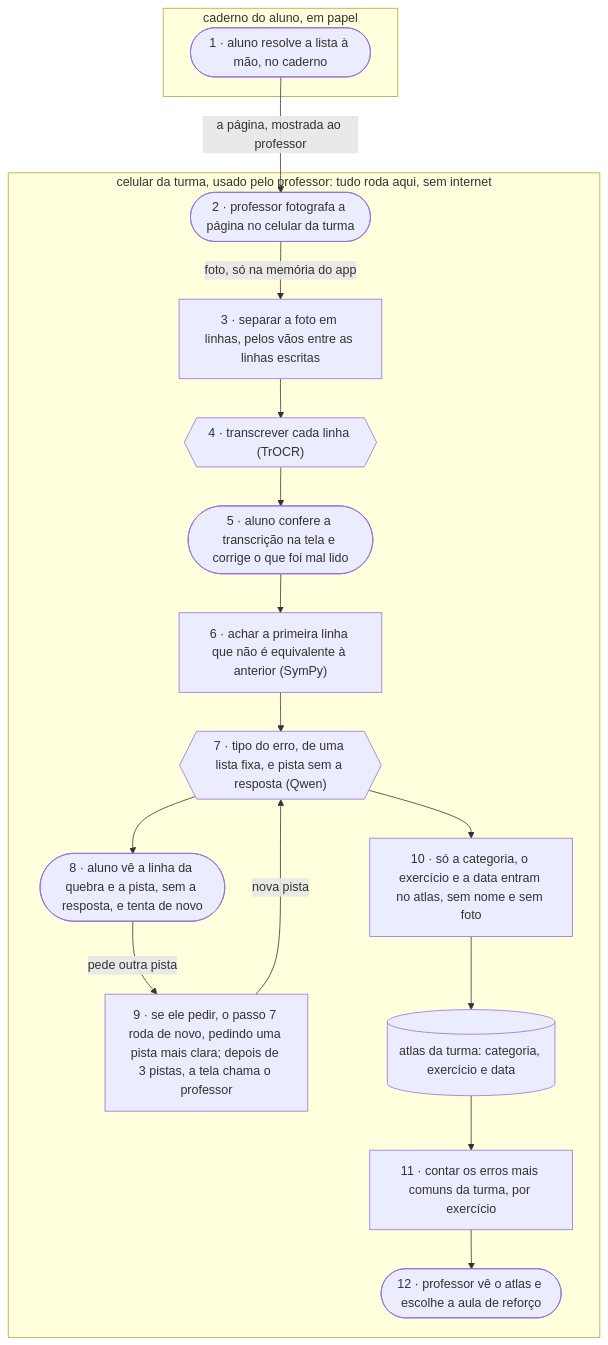
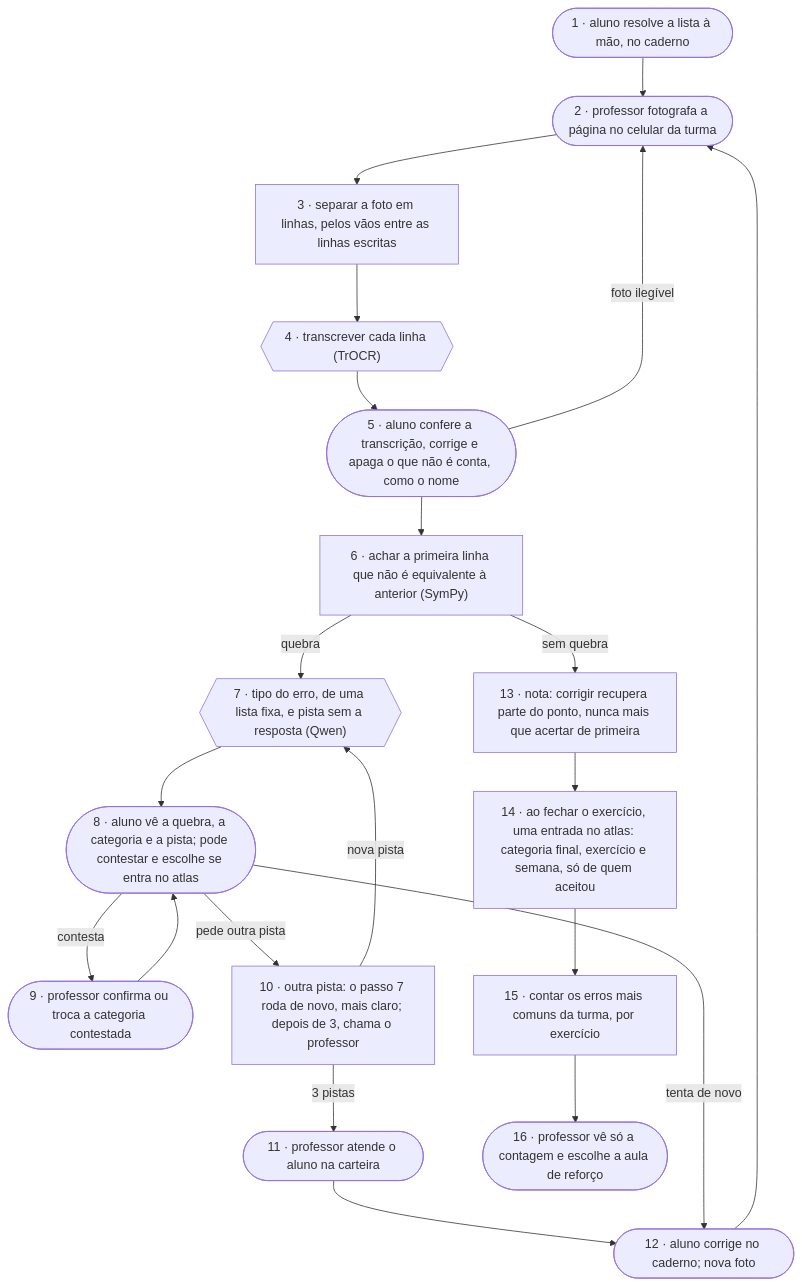
Before and after one commit to andrezacfalcao/project-ai4good: the diagram in flx/arquitetura.md, drawn with Mermaid. The commit also changed other lines of this file and 7 other files, not shown here.

First line of the commit message:
flx: fluxograma completo, com contestacao, nova foto, nota e aceite

````diff
--- a/flx/arquitetura.md
+++ b/flx/arquitetura.md
@@ -9,28 +9,32 @@
 ```mermaid
 flowchart TD
-    subgraph PAPEL["caderno do aluno, em papel"]
-        A(["1 · aluno resolve a lista à mão, no caderno"])
-    end
+    A(["1 · aluno resolve a lista à mão, no caderno"])
+    B(["2 · professor fotografa a página no celular da turma"])
+    C["3 · separar a foto em linhas, pelos vãos entre as linhas escritas"]
+    D{{"4 · transcrever cada linha (TrOCR)"}}
+    E(["5 · aluno confere a transcrição, corrige e apaga o que não é conta, como o nome"])
+    F["6 · achar a primeira linha que não é equivalente à anterior (SymPy)"]
+    G{{"7 · tipo do erro, de uma lista fixa, e pista sem a resposta (Qwen)"}}
+    H(["8 · aluno vê a quebra, a categoria e a pista; pode contestar e escolhe se entra no atlas"])
+    I(["9 · professor confirma ou troca a categoria contestada"])
+    J["10 · outra pista: o passo 7 roda de novo, mais claro; depois de 3, chama o professor"]
+    K(["11 · professor atende o aluno na carteira"])
+    L(["12 · aluno corrige no caderno; nova foto"])
+    N["13 · nota: corrigir recupera parte do ponto, nunca mais que acertar de primeira"]
+    O["14 · ao fechar o exercício, uma entrada no atlas: categoria final, exercício e semana, só de quem aceitou"]
+    P["15 · contar os erros mais comuns da turma, por exercício"]
+    Q(["16 · professor vê só a contagem e escolhe a aula de reforço"])
 
-    subgraph CEL["celular da turma, usado pelo professor: tudo roda aqui, sem internet"]
-        B(["2 · professor fotografa a página no celular da turma"])
-        C["3 · separar a foto em linhas, pelos vãos entre as linhas escritas"]
-        D{{"4 · transcrever cada linha (TrOCR)"}}
-        E(["5 · aluno confere a transcrição na tela e corrige o que foi mal lido"])
-        F["6 · achar a primeira linha que não é equivalente à anterior (SymPy)"]
-        G{{"7 · tipo do erro, de uma lista fixa, e pista sem a resposta (Qwen)"}}
-        I(["8 · aluno vê a linha da quebra e a pista, sem a resposta, e tenta de novo"])
-        J["9 · se ele pedir, o passo 7 roda de novo, pedindo uma pista mais clara; depois de 3 pistas, a tela chama o professor"]
-        K["10 · só a categoria, o exercício e a data entram no atlas, sem nome e sem foto"]
-        DB[("atlas da turma: categoria, exercício e data")]
-        L["11 · contar os erros mais comuns da turma, por exercício"]
-        M(["12 · professor vê o atlas e escolhe a aula de reforço"])
-    end
-
-    A -- "a página, mostrada ao professor" --> B
-    B -- "foto, só na memória do app" --> C
-    C --> D --> E --> F --> G --> I
-    I -- "pede outra pista" --> J
+    A --> B --> C --> D --> E
+    E -- "foto ilegível" --> B
+    E --> F
+    F -- "sem quebra" --> N
+    F -- "quebra" --> G --> H
+    H -- "contesta" --> I --> H
+    H -- "pede outra pista" --> J
     J -- "nova pista" --> G
-    G --> K --> DB --> L --> M
+    J -- "3 pistas" --> K --> L
+    H -- "tenta de novo" --> L
+    L --> B
+    N --> O --> P --> Q
 ```
````
